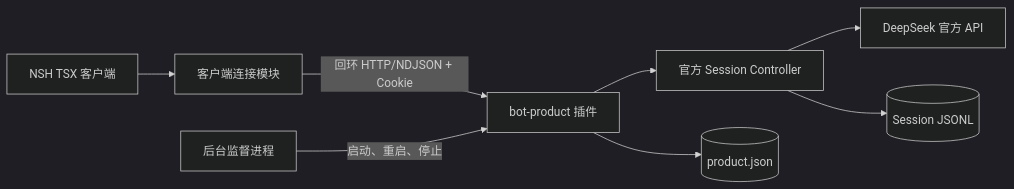
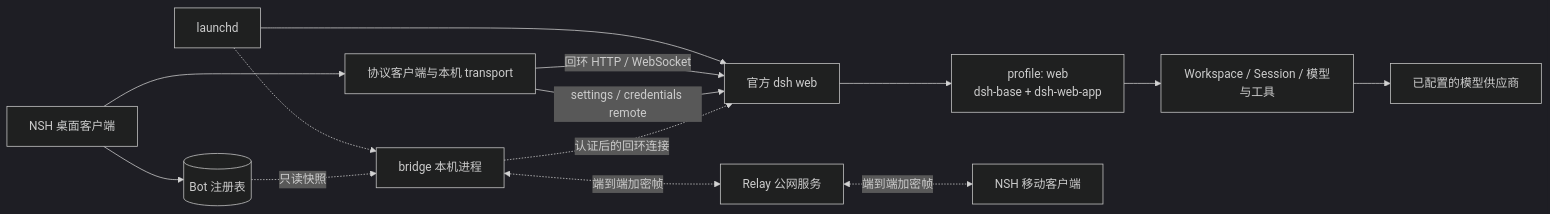
One commit to aningdev/dsh-bot changed the diagram in docs/ARCHITECTURE.md. Above: the diagram before and after it, drawn with Mermaid (dark theme). The commit also changed other lines of this file and 8 other files, not shown here.

First line of the commit message:
docs: Update domain documentation and add Desktop architecture research

````diff
--- a/docs/ARCHITECTURE.md
+++ b/docs/ARCHITECTURE.md
@@ -9,10 +9,16 @@
 ```mermaid
 flowchart LR
-    UI[NSH TSX 客户端] --> C[客户端连接模块]
-    C -->|回环 HTTP/NDJSON + Cookie| P[bot-product 插件]
-    P --> S[官方 Session Controller]
-    S --> M[DeepSeek 官方 API]
-    P --> D[(product.json)]
-    S --> J[(Session JSONL)]
-    SV[后台监督进程] -->|启动、重启、停止| P
+    L[launchd] --> W[官方 dsh web]
+    W --> P["profile: web<br/>dsh-base + dsh-web-app"]
+    P --> S[Workspace / Session / 模型与工具]
+    S --> API[已配置的模型供应商]
+    D[NSH 桌面客户端] --> T[协议客户端与本机 transport]
+    T -->|回环 HTTP / WebSocket| W
+    D --> B[(Bot 注册表)]
+    T -->|settings / credentials remote| W
+    L -.-> BR[bridge 本机进程]
+    BR -.->|认证后的回环连接| W
+    B -.->|只读快照| BR
+    BR <-.->|端到端加密帧| R[Relay 公网服务]
+    R <-.->|端到端加密帧| M[NSH 移动客户端]
 ```
````
